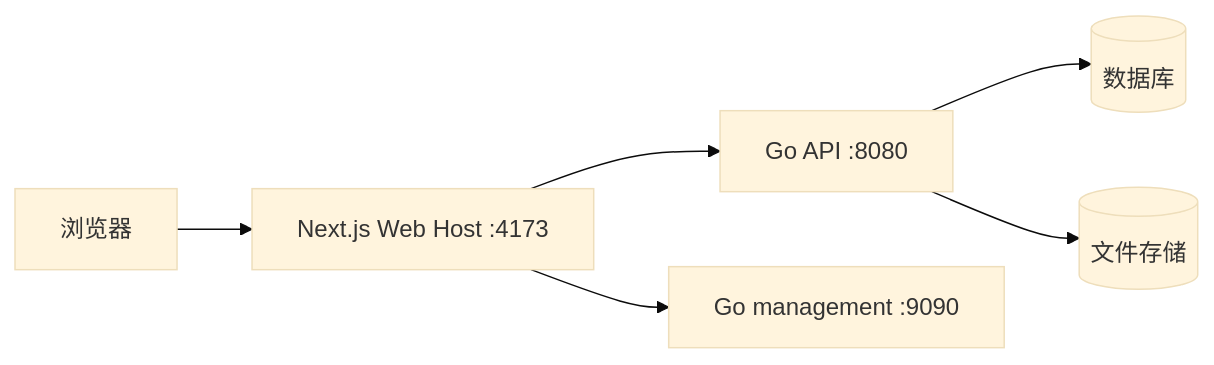
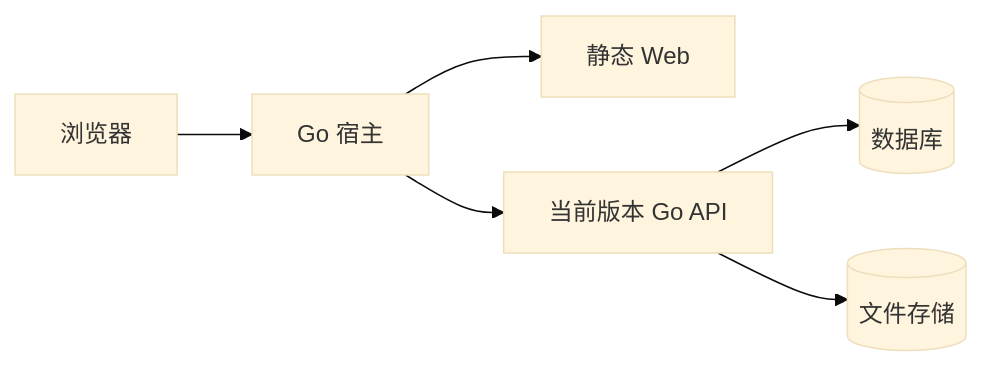
Before and after one commit to reina0721/neocloud: the diagram in README.md, drawn with Mermaid (base theme). The commit also changed other lines of this file and 80 other files, not shown here.

Commit message:
feat(upgrade): ship native Go and static Web releases

````diff
--- a/README.md
+++ b/README.md
@@ -68,8 +68,8 @@
 ```mermaid
 flowchart LR
-    Browser[浏览器] --> Web[Next.js Web Host :4173]
-    Web --> API[Go API :8080]
-    Web --> Management[Go management :9090]
+    Browser[浏览器] --> Web[Go 宿主]
+    Web --> Static[静态 Web]
+    Web --> API[当前版本 Go API]
     API --> Database[(数据库)]
     API --> Storage[(文件存储)]
 ```
````
